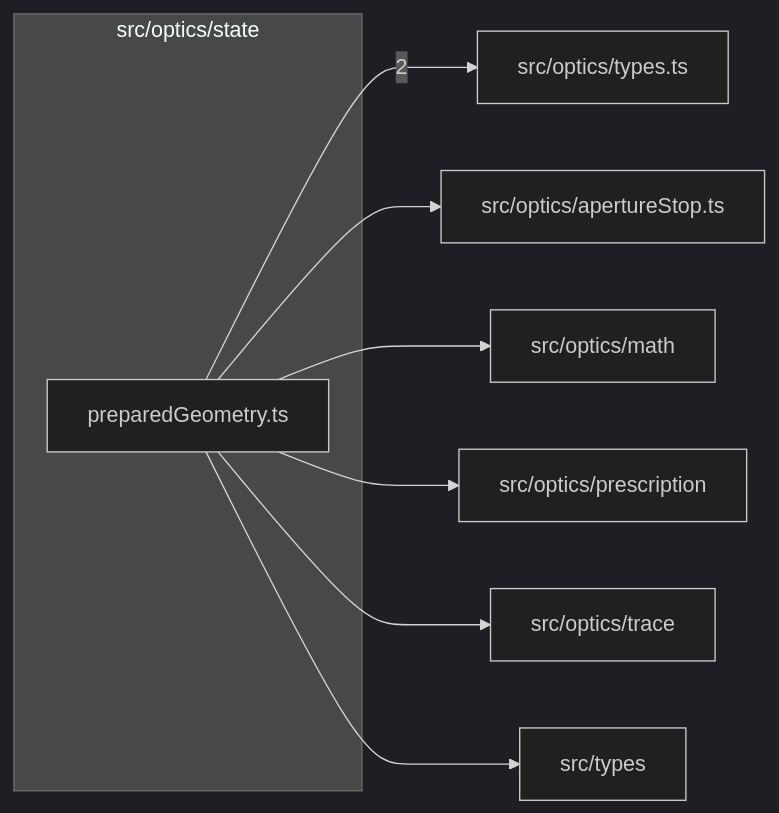
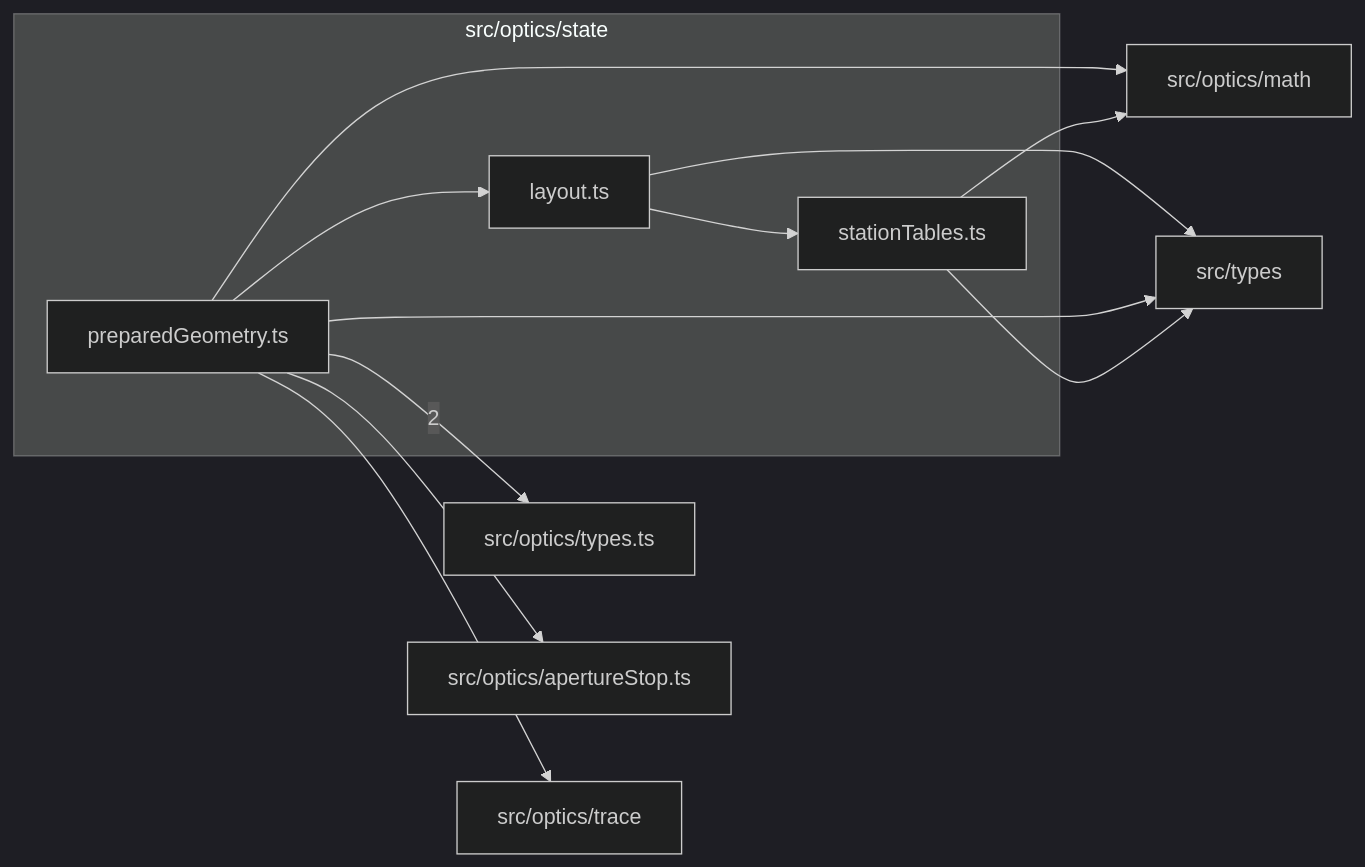
Before and after one commit to ronbuening/LensVisualizer: the diagram in src/optics/state/readme.md, drawn with Mermaid (dark theme). The commit also changed other lines of this file and 40 other files, not shown here.

````diff
--- a/src/optics/state/readme.md
+++ b/src/optics/state/readme.md
@@ -9,18 +9,23 @@
 ```mermaid
 flowchart LR
   subgraph n_src_optics_state["src/optics/state"]
+    n_src_optics_state_src_optics_state_layout_ts["layout.ts"]
     n_src_optics_state_src_optics_state_preparedGeometry_ts["preparedGeometry.ts"]
+    n_src_optics_state_src_optics_state_stationTables_ts["stationTables.ts"]
   end
   n_external_src_optics_types_ts["src/optics/types.ts"]
   n_external_src_optics_apertureStop_ts["src/optics/apertureStop.ts"]
   n_external_src_optics_math["src/optics/math"]
-  n_external_src_optics_prescription["src/optics/prescription"]
   n_external_src_optics_trace["src/optics/trace"]
   n_external_src_types["src/types"]
   n_src_optics_state_src_optics_state_preparedGeometry_ts --> |2| n_external_src_optics_types_ts
   n_src_optics_state_src_optics_state_preparedGeometry_ts --> n_external_src_optics_apertureStop_ts
   n_src_optics_state_src_optics_state_preparedGeometry_ts --> n_external_src_optics_math
-  n_src_optics_state_src_optics_state_preparedGeometry_ts --> n_external_src_optics_prescription
+  n_src_optics_state_src_optics_state_stationTables_ts --> n_external_src_optics_math
   n_src_optics_state_src_optics_state_preparedGeometry_ts --> n_external_src_optics_trace
+  n_src_optics_state_src_optics_state_layout_ts --> n_external_src_types
   n_src_optics_state_src_optics_state_preparedGeometry_ts --> n_external_src_types
+  n_src_optics_state_src_optics_state_stationTables_ts --> n_external_src_types
+  n_src_optics_state_src_optics_state_preparedGeometry_ts --> n_src_optics_state_src_optics_state_layout_ts
+  n_src_optics_state_src_optics_state_layout_ts --> n_src_optics_state_src_optics_state_stationTables_ts
 ```
````
